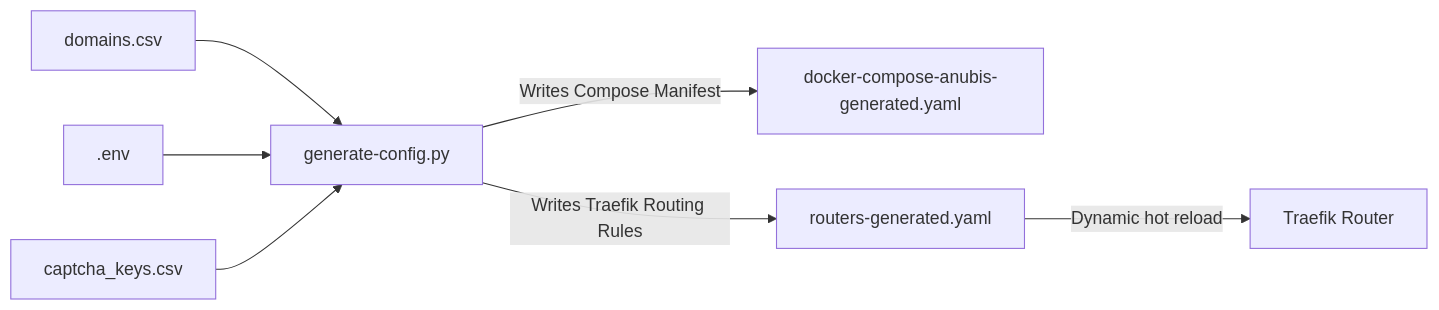
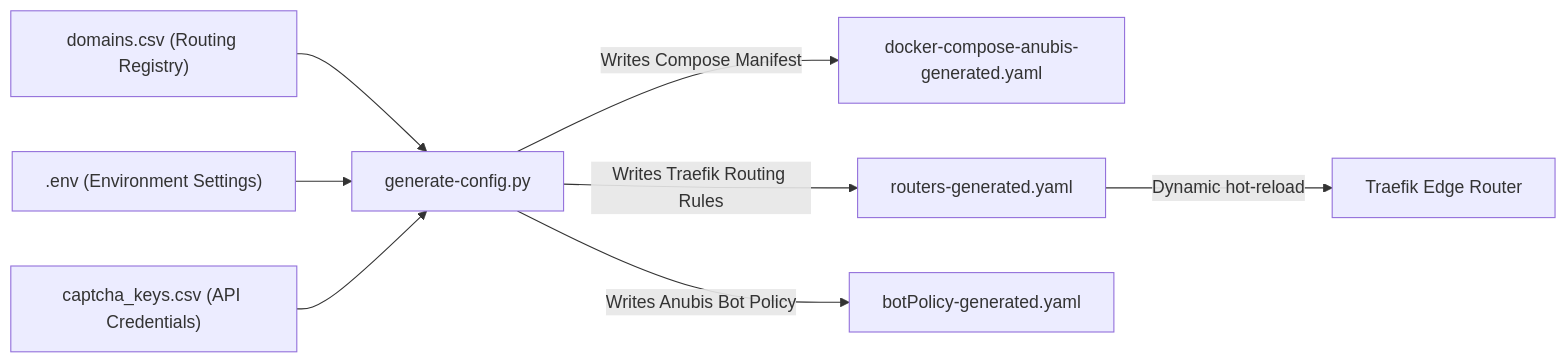
Before and after one commit to pinano/traefik-pro-stack: the fifth of 5 diagrams in README.md, drawn with Mermaid. The commit also changed other lines of this file and 4 other files, not shown here.

Commit message:
refactor: implement dynamic crowdsec scenario management and update architecture documentation

````diff
--- a/README.md
+++ b/README.md
@@ -393,9 +444,12 @@
 ```mermaid
 flowchart LR
-    dist[domains.csv] --> generator[generate-config.py]
-    env[.env] --> generator
-    captchas[captcha_keys.csv] --> generator
-    generator -->|Writes Compose Manifest| compose[docker-compose-anubis-generated.yaml]
-    generator -->|Writes Traefik Routing Rules| routers[routers-generated.yaml]
-    routers -->|Dynamic hot reload| Traefik[Traefik Router]
+    dist["domains.csv (Routing Registry)"] --> generator["generate-config.py"]
+    env[".env (Environment Settings)"] --> generator
+    captchas["captcha_keys.csv (API Credentials)"] --> generator
+    
+    generator -->|Writes Compose Manifest| compose["docker-compose-anubis-generated.yaml"]
+    generator -->|Writes Traefik Routing Rules| routers["routers-generated.yaml"]
+    generator -->|Writes Anubis Bot Policy| policy["botPolicy-generated.yaml"]
+    
+    routers -->|Dynamic hot-reload| Traefik["Traefik Edge Router"]
 ```
````
